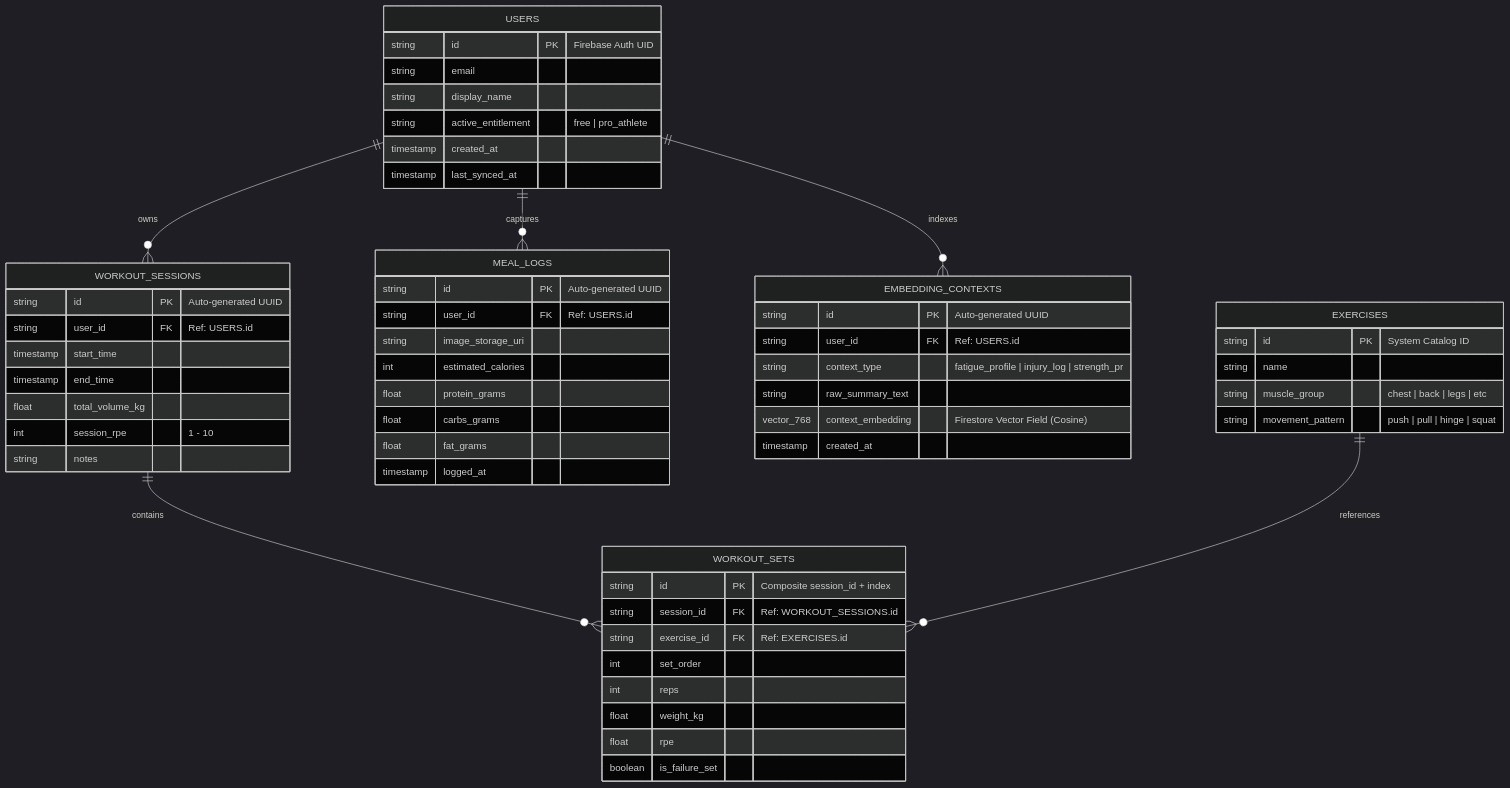
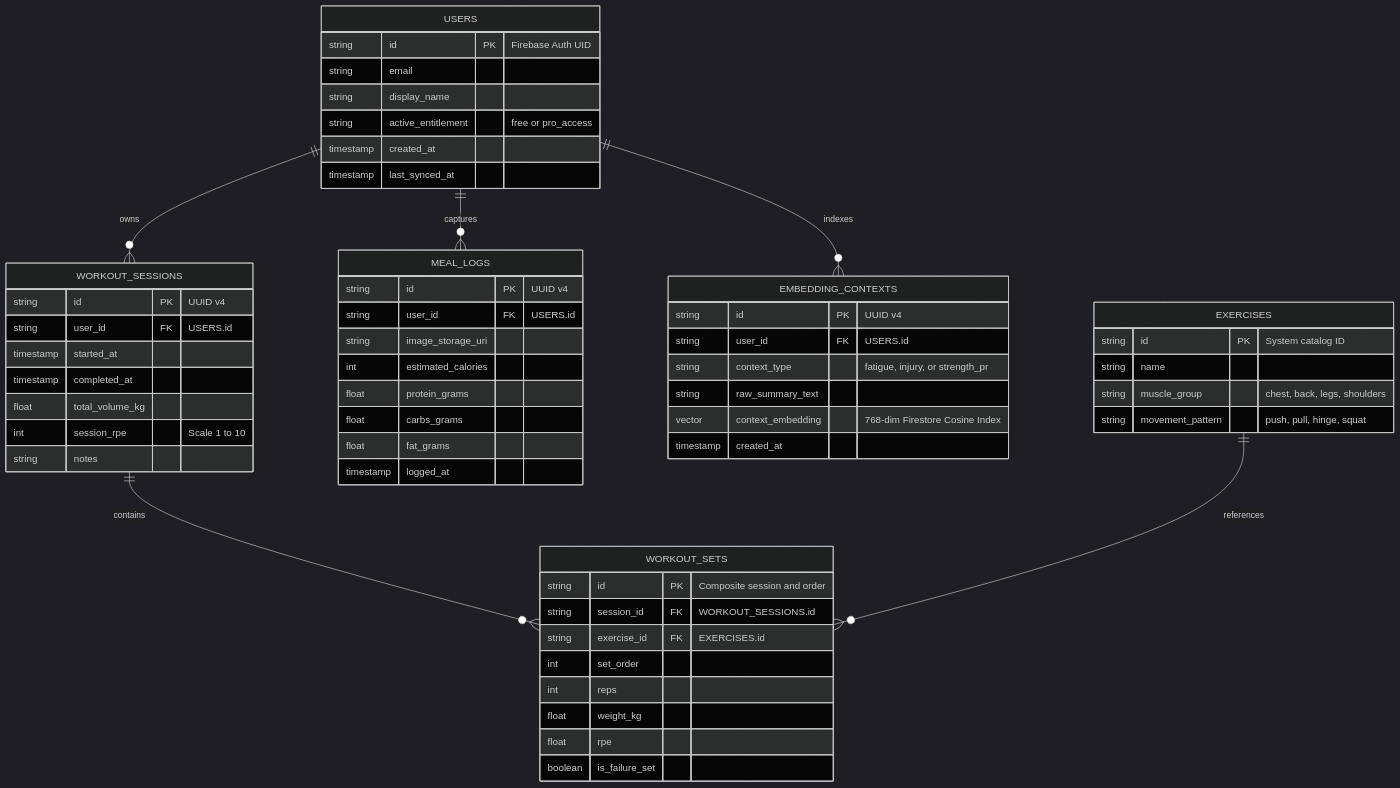
The fifth of 7 diagrams in README.md (JackBros/pro-ai-coaching-architecture), drawn with Mermaid (dark theme) before and after one commit. The commit also changed other lines of this file, not shown here.

````diff
--- a/README.md
+++ b/README.md
@@ -230,66 +286,65 @@
 ```mermaid
 erDiagram
     USERS ||--o{ WORKOUT_SESSIONS : "owns"
     USERS ||--o{ MEAL_LOGS : "captures"
     USERS ||--o{ EMBEDDING_CONTEXTS : "indexes"
     WORKOUT_SESSIONS ||--o{ WORKOUT_SETS : "contains"
     EXERCISES ||--o{ WORKOUT_SETS : "references"
 
     USERS {
         string id PK "Firebase Auth UID"
         string email
         string display_name
-        string active_entitlement "free | pro_athlete"
+        string active_entitlement "free or pro_access"
         timestamp created_at
         timestamp last_synced_at
     }
 
     WORKOUT_SESSIONS {
-        string id PK "Auto-generated UUID"
-        string user_id FK "Ref: USERS.id"
-        timestamp start_time
-        timestamp end_time
+        string id PK "UUID v4"
+        string user_id FK "USERS.id"
+        timestamp started_at
+        timestamp completed_at
         float total_volume_kg
-        int session_rpe "1 - 10"
+        int session_rpe "Scale 1 to 10"
         string notes
     }
 
     WORKOUT_SETS {
-        string id PK "Composite session_id + index"
-        string session_id FK "Ref: WORKOUT_SESSIONS.id"
-        string exercise_id FK "Ref: EXERCISES.id"
+        string id PK "Composite session and order"
+        string session_id FK "WORKOUT_SESSIONS.id"
+        string exercise_id FK "EXERCISES.id"
         int set_order
         int reps
         float weight_kg
         float rpe
         boolean is_failure_set
     }
 
     EXERCISES {
-        string id PK "System Catalog ID"
+        string id PK "System catalog ID"
         string name
-        string muscle_group "chest | back | legs | etc"
-        string movement_pattern "push | pull | hinge | squat"
+        string muscle_group "chest, back, legs, shoulders"
+        string movement_pattern "push, pull, hinge, squat"
     }
 
     MEAL_LOGS {
-        string id PK "Auto-generated UUID"
-        string user_id FK "Ref: USERS.id"
+        string id PK "UUID v4"
+        string user_id FK "USERS.id"
         string image_storage_uri
         int estimated_calories
         float protein_grams
         float carbs_grams
         float fat_grams
         timestamp logged_at
     }
 
     EMBEDDING_CONTEXTS {
-        string id PK "Auto-generated UUID"
-        string user_id FK "Ref: USERS.id"
-        string context_type "fatigue_profile | injury_log | strength_pr"
+        string id PK "UUID v4"
+        string user_id FK "USERS.id"
+        string context_type "fatigue, injury, or strength_pr"
         string raw_summary_text
-        vector_768 context_embedding "Firestore Vector Field (Cosine)"
+        vector context_embedding "768-dim Firestore Cosine Index"
         timestamp created_at
     }
-
 ```
````
